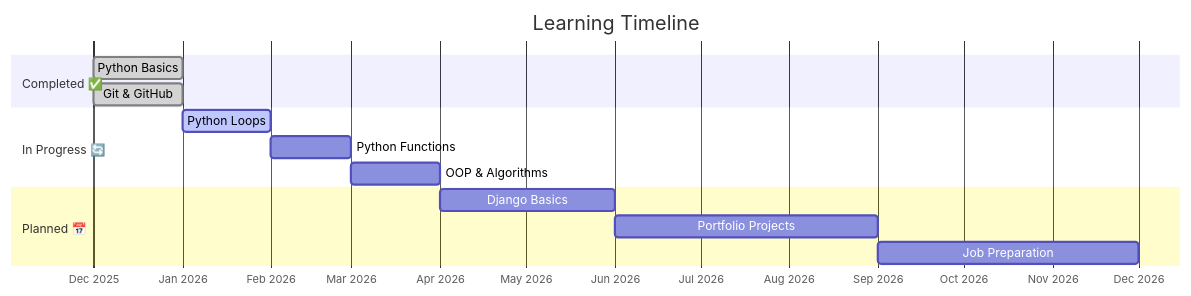
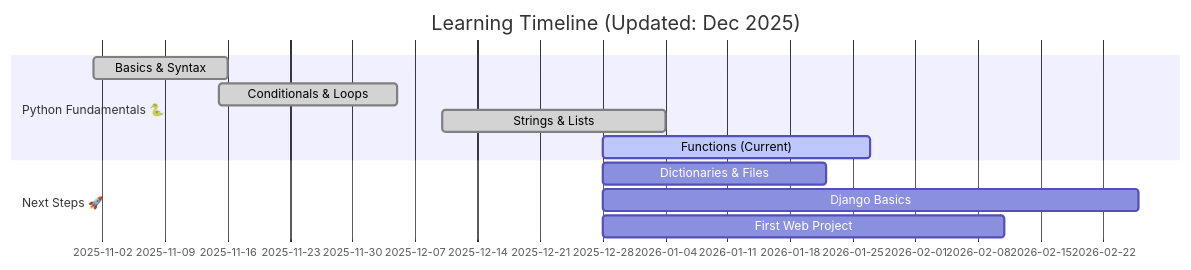
Before and after one commit to gen-comf/gen-comf: the diagram in README.md, drawn with Mermaid. The commit also changed other lines of this file, not shown here.

````diff
--- a/README.md
+++ b/README.md
@@ -5,20 +5,16 @@
 ```mermaid
 gantt
-    title Learning Timeline
-    dateFormat  YYYY-MM
-    axisFormat %b %Y
+    title Learning Timeline (Updated: Dec 2025)
+    dateFormat  YYYY-MM-DD
     
-    section Completed ✅
-    Python Basics :done, 2025-12, 1M
-    Git & GitHub :done, 2025-12, 1M
+    section Python Fundamentals 🐍
+    Basics & Syntax :done, 2025-11-01, 15d
+    Conditionals & Loops :done, 2025-11-15, 20d
+    Strings & Lists :done, 2025-12-10, 25d
+    Functions (Current) :active, 2025-12-28, 30d
     
-    section In Progress 🔄
-    Python Loops :active, 2026-01, 1M
-    Python Functions :2026-02, 1M
-    OOP & Algorithms :2026-03, 1M
-    
-    section Planned 📅
-    Django Basics :2026-04, 2M
-    Portfolio Projects :2026-06, 3M
-    Job Preparation :2026-09, 3M
+    section Next Steps 🚀
+    Dictionaries & Files :after func1, 25d
+    Django Basics :after func2, 60d
+    First Web Project :after func3, 45d
 ```
````
